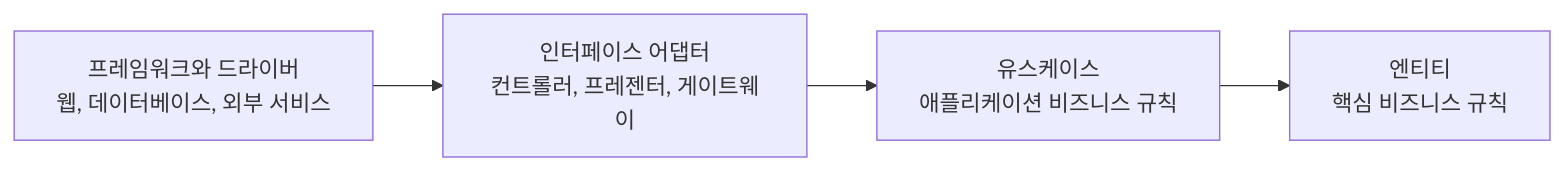
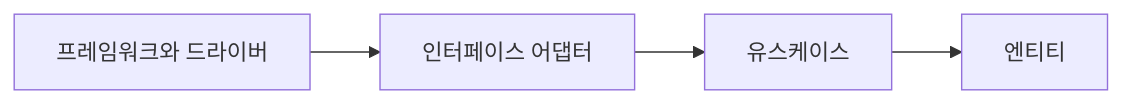
One commit to nathankim0/clean-architecture-skills changed the diagram in README.ko.md. Above: the diagram before and after it, drawn with Mermaid. The commit also changed other lines of this file and 1 other file, not shown here.

````diff
--- a/README.ko.md
+++ b/README.ko.md
@@ -227,8 +208,8 @@
 ```mermaid
 flowchart LR
     accTitle: 클린 아키텍처의 의존성 방향
-    accDescr: 소스 코드 의존성은 바깥쪽 프레임워크와 드라이버에서 인터페이스 어댑터, 유스케이스를 거쳐 안쪽 엔티티로 향합니다.
-    frameworks["프레임워크와 드라이버<br/>웹, 데이터베이스, 외부 서비스"] --> adapters["인터페이스 어댑터<br/>컨트롤러, 프레젠터, 게이트웨이"]
-    adapters --> usecases["유스케이스<br/>애플리케이션 비즈니스 규칙"]
-    usecases --> entities["엔티티<br/>핵심 비즈니스 규칙"]
+    accDescr: 소스 코드 의존성은 프레임워크와 드라이버에서 인터페이스 어댑터, 유스케이스를 거쳐 엔티티로 향합니다.
+    frameworks["프레임워크와 드라이버"] --> adapters["인터페이스 어댑터"]
+    adapters --> usecases["유스케이스"]
+    usecases --> entities["엔티티"]
 ```
````
